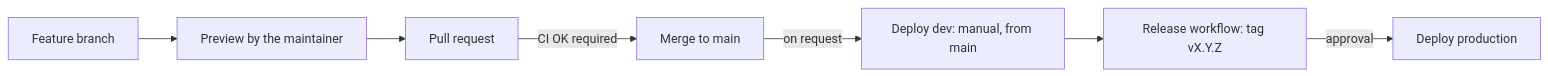
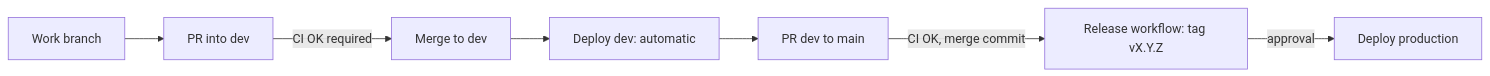
One commit to greenblacked/Notes changed the diagram in README.md. Above: the diagram before and after it, drawn with Mermaid. The commit also changed other lines of this file and 2 other files, not shown here.

Commit message:
docs: describe the dev branch flow and the Repository settings workflow

````diff
--- a/README.md
+++ b/README.md
@@ -83,9 +83,9 @@
 ```mermaid
 flowchart LR
-    A[Feature branch] --> B[Preview by the maintainer]
-    B --> C[Pull request]
-    C -->|CI OK required| D[Merge to main]
-    D -->|on request| E[Deploy dev: manual, from main]
-    E --> F[Release workflow: tag vX.Y.Z]
+    A[Work branch] --> B[PR into dev]
+    B -->|CI OK required| C[Merge to dev]
+    C --> D[Deploy dev: automatic]
+    D --> E[PR dev to main]
+    E -->|CI OK, merge commit| F[Release workflow: tag vX.Y.Z]
     F -->|approval| G[Deploy production]
 ```
````
